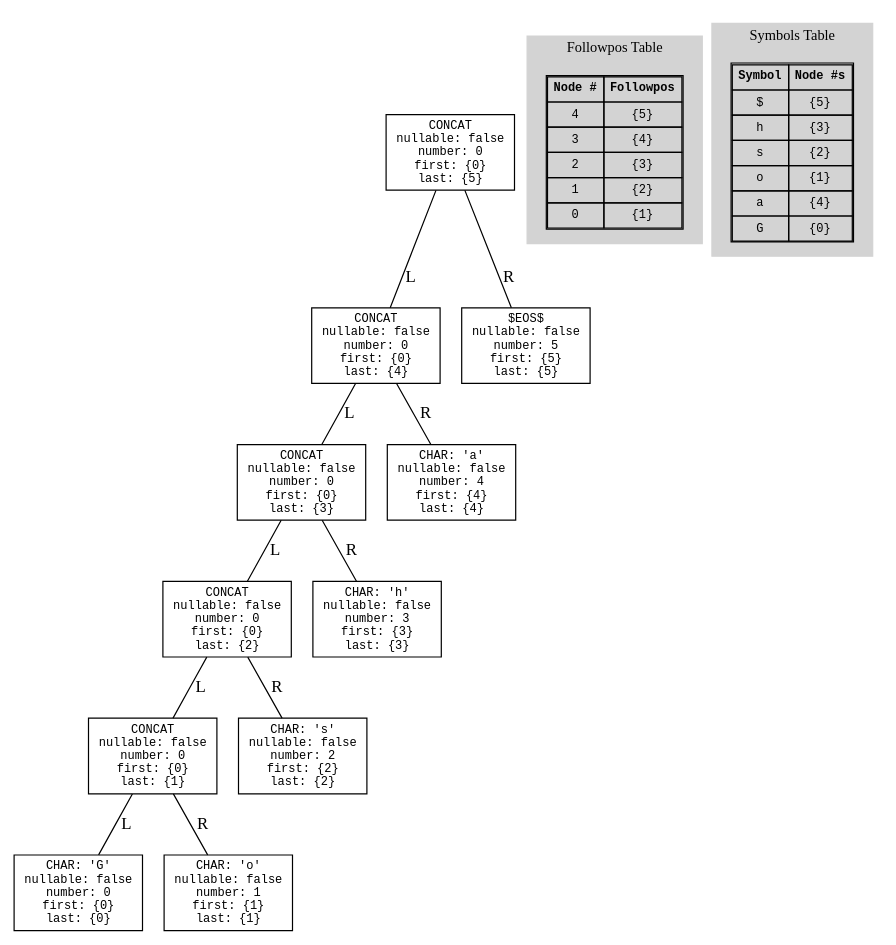
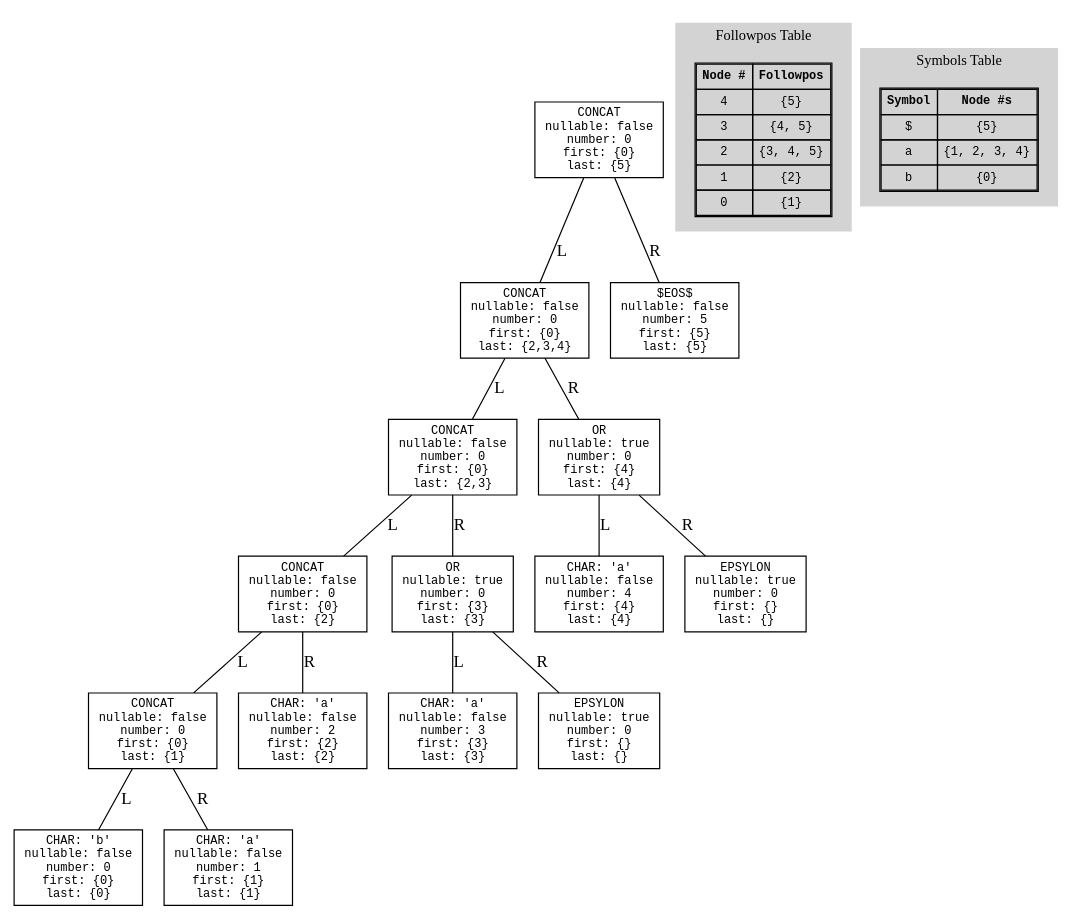
Before and after one commit to HotHeadd/automata25_mephi: the diagram in 2/visuals/ast_plus.dot, drawn with Graphviz. The commit also changed 7 other files, not shown here.

```diff
--- a/2/visuals/ast_plus.dot
+++ b/2/visuals/ast_plus.dot
@@ -1,63 +1,68 @@
 digraph SyntaxTree {
   node [shape=box, fontname="Courier", fontsize=10];
   edge [arrowhead=none];
 
   0 [label="CONCAT\nnullable: false\nnumber: 0\nfirst: {0}\nlast: {5}"];
-  1 [label="CONCAT\nnullable: false\nnumber: 0\nfirst: {0}\nlast: {4}"];
-  2 [label="CONCAT\nnullable: false\nnumber: 0\nfirst: {0}\nlast: {3}"];
+  1 [label="CONCAT\nnullable: false\nnumber: 0\nfirst: {0}\nlast: {2,3,4}"];
+  2 [label="CONCAT\nnullable: false\nnumber: 0\nfirst: {0}\nlast: {2,3}"];
   3 [label="CONCAT\nnullable: false\nnumber: 0\nfirst: {0}\nlast: {2}"];
   4 [label="CONCAT\nnullable: false\nnumber: 0\nfirst: {0}\nlast: {1}"];
-  5 [label="CHAR: 'G'\nnullable: false\nnumber: 0\nfirst: {0}\nlast: {0}"];
+  5 [label="CHAR: 'b'\nnullable: false\nnumber: 0\nfirst: {0}\nlast: {0}"];
   4 -> 5 [label="L"];
-  6 [label="CHAR: 'o'\nnullable: false\nnumber: 1\nfirst: {1}\nlast: {1}"];
+  6 [label="CHAR: 'a'\nnullable: false\nnumber: 1\nfirst: {1}\nlast: {1}"];
   4 -> 6 [label="R"];
   3 -> 4 [label="L"];
-  7 [label="CHAR: 's'\nnullable: false\nnumber: 2\nfirst: {2}\nlast: {2}"];
+  7 [label="CHAR: 'a'\nnullable: false\nnumber: 2\nfirst: {2}\nlast: {2}"];
   3 -> 7 [label="R"];
   2 -> 3 [label="L"];
-  8 [label="CHAR: 'h'\nnullable: false\nnumber: 3\nfirst: {3}\nlast: {3}"];
+  8 [label="OR\nnullable: true\nnumber: 0\nfirst: {3}\nlast: {3}"];
+  9 [label="CHAR: 'a'\nnullable: false\nnumber: 3\nfirst: {3}\nlast: {3}"];
+  8 -> 9 [label="L"];
+  10 [label="EPSYLON\nnullable: true\nnumber: 0\nfirst: {}\nlast: {}"];
+  8 -> 10 [label="R"];
   2 -> 8 [label="R"];
   1 -> 2 [label="L"];
-  9 [label="CHAR: 'a'\nnullable: false\nnumber: 4\nfirst: {4}\nlast: {4}"];
-  1 -> 9 [label="R"];
+  11 [label="OR\nnullable: true\nnumber: 0\nfirst: {4}\nlast: {4}"];
+  12 [label="CHAR: 'a'\nnullable: false\nnumber: 4\nfirst: {4}\nlast: {4}"];
+  11 -> 12 [label="L"];
+  13 [label="EPSYLON\nnullable: true\nnumber: 0\nfirst: {}\nlast: {}"];
+  11 -> 13 [label="R"];
+  1 -> 11 [label="R"];
   0 -> 1 [label="L"];
-  10 [label="$EOS$\nnullable: false\nnumber: 5\nfirst: {5}\nlast: {5}"];
-  0 -> 10 [label="R"];
+  14 [label="$EOS$\nnullable: false\nnumber: 5\nfirst: {5}\nlast: {5}"];
+  0 -> 14 [label="R"];
 
   subgraph cluster_followpos {
     label="Followpos Table";
     fontsize=12;
     style=filled;
     color=lightgrey;
     node [shape=plaintext];
     follow_table [label=<
       <table border="1" cellborder="1" cellspacing="0" cellpadding="4">
         <tr><td><b>Node #</b></td><td><b>Followpos</b></td></tr>
         <tr><td>4</td><td>{5}</td></tr>
-        <tr><td>3</td><td>{4}</td></tr>
-        <tr><td>2</td><td>{3}</td></tr>
+        <tr><td>3</td><td>{4, 5}</td></tr>
+        <tr><td>2</td><td>{3, 4, 5}</td></tr>
         <tr><td>1</td><td>{2}</td></tr>
         <tr><td>0</td><td>{1}</td></tr>
       </table>
     >];
   }
 
   subgraph cluster_symbols {
     label="Symbols Table";
     fontsize=12;
     style=filled;
     color=lightgrey;
     node [shape=plaintext];
     symbols_table [label=<
       <table border="1" cellborder="1" cellspacing="0" cellpadding="4">
         <tr><td><b>Symbol</b></td><td><b>Node #s</b></td></tr>
         <tr><td>$</td><td>{5}</td></tr>
-        <tr><td>h</td><td>{3}</td></tr>
-        <tr><td>s</td><td>{2}</td></tr>
-        <tr><td>o</td><td>{1}</td></tr>
-        <tr><td>a</td><td>{4}</td></tr>
-        <tr><td>G</td><td>{0}</td></tr>
+        <tr><td>a</td><td>{1, 2, 3, 4}</td></tr>
+        <tr><td>b</td><td>{0}</td></tr>
       </table>
     >];
   }
 }
```
